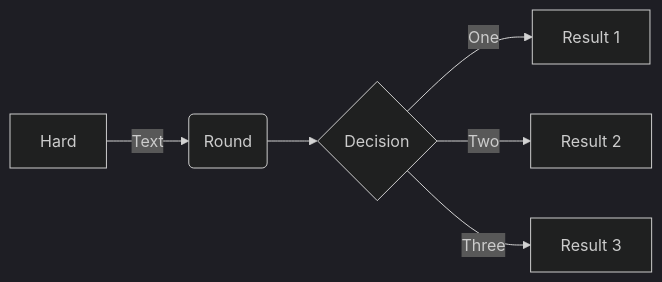
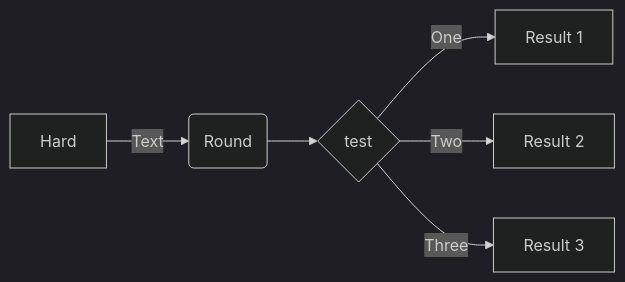
The diagram in README.md (Teuffun/note), drawn with Mermaid (dark theme) before and after one commit.

````diff
--- a/README.md
+++ b/README.md
@@ -6,9 +6,9 @@
 ```mermaid
 flowchart LR
 
 A[Hard] -->|Text| B(Round)
-B --> C{Decision}
+B --> C{test}
 C -->|One| D[Result 1]
 C -->|Two| E[Result 2]
 C -->|Three| F[Result 3]
 ```
````
